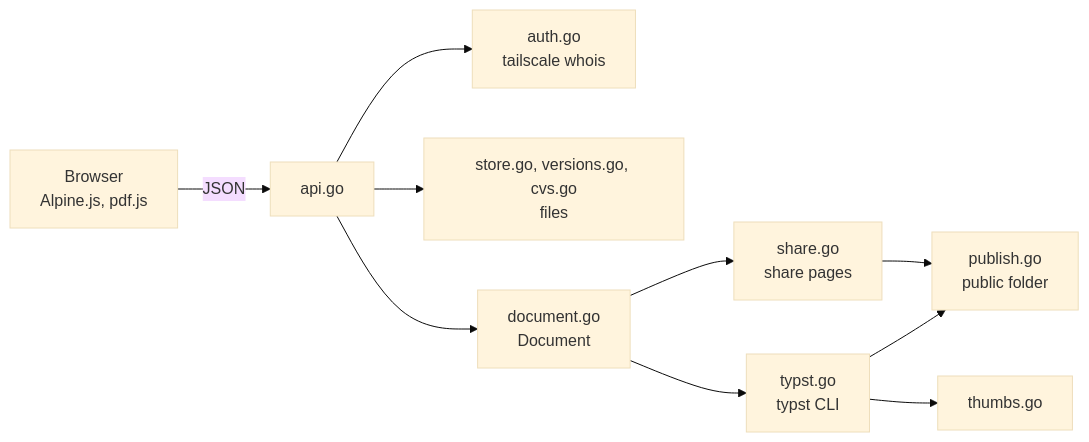
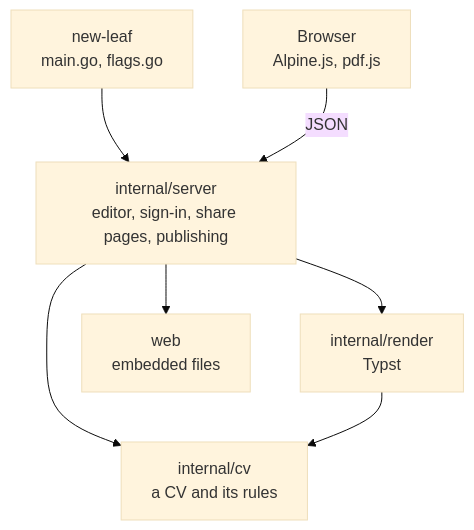
One commit to jorritvanderheide/new-leaf changed the diagram in docs/architecture.md. Above: the diagram before and after it, drawn with Mermaid (base theme). The commit also changed other lines of this file and 72 other files, not shown here.

First line of the commit message:
refactor: split the program into cv, render and server packages

````diff
--- a/docs/architecture.md
+++ b/docs/architecture.md
@@ -21,12 +24,9 @@
 ```mermaid
-flowchart LR
-    B[Browser<br/>Alpine.js, pdf.js] -->|JSON| api[api.go]
-    api --> auth[auth.go<br/>tailscale whois]
-    api --> store[store.go, versions.go, cvs.go<br/>files]
-    api --> doc[document.go<br/>Document]
-    doc --> typst[typst.go<br/>typst CLI]
-    doc --> share[share.go<br/>share pages]
-    share --> publish[publish.go<br/>public folder]
-    typst --> publish
-    typst --> thumbs[thumbs.go]
+flowchart TD
+    main[new-leaf<br/>main.go, flags.go] --> server
+    B[Browser<br/>Alpine.js, pdf.js] -->|JSON| server[internal/server<br/>editor, sign-in, share pages, publishing]
+    server --> render[internal/render<br/>Typst]
+    server --> cv[internal/cv<br/>a CV and its rules]
+    render --> cv
+    server --> web[web<br/>embedded files]
 ```
````
